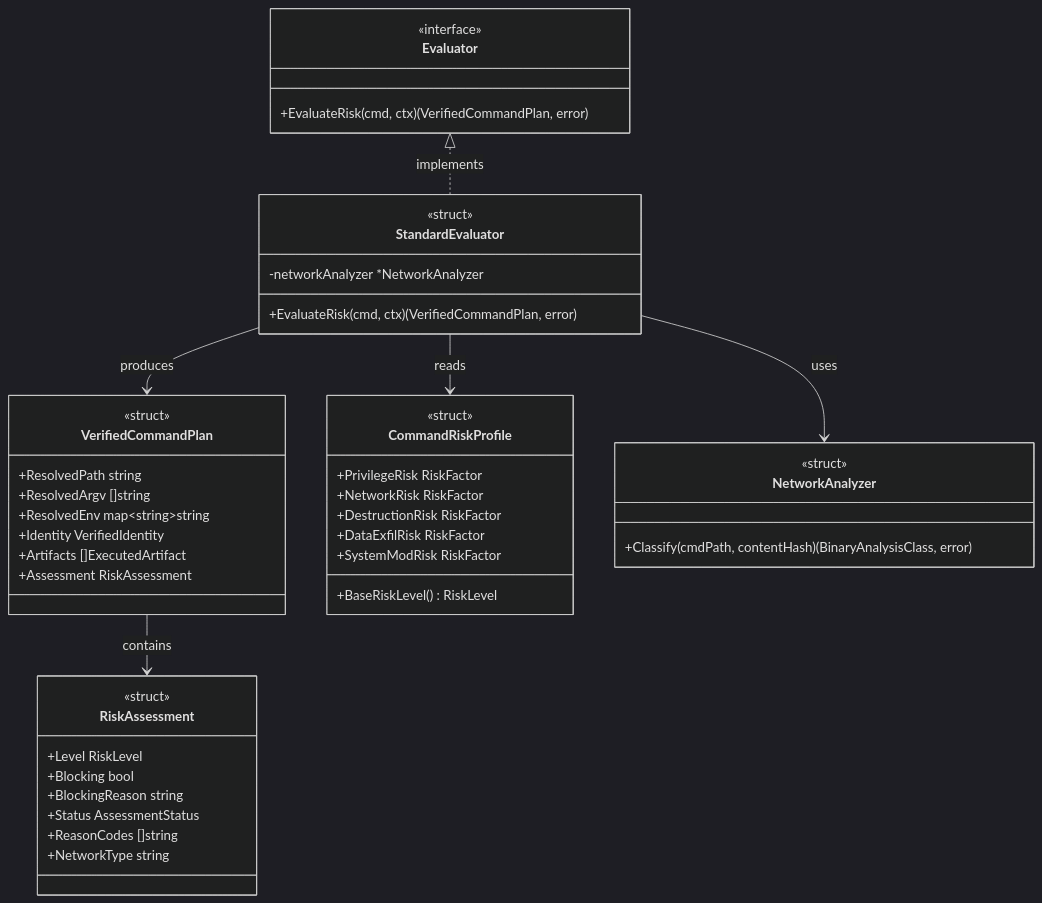
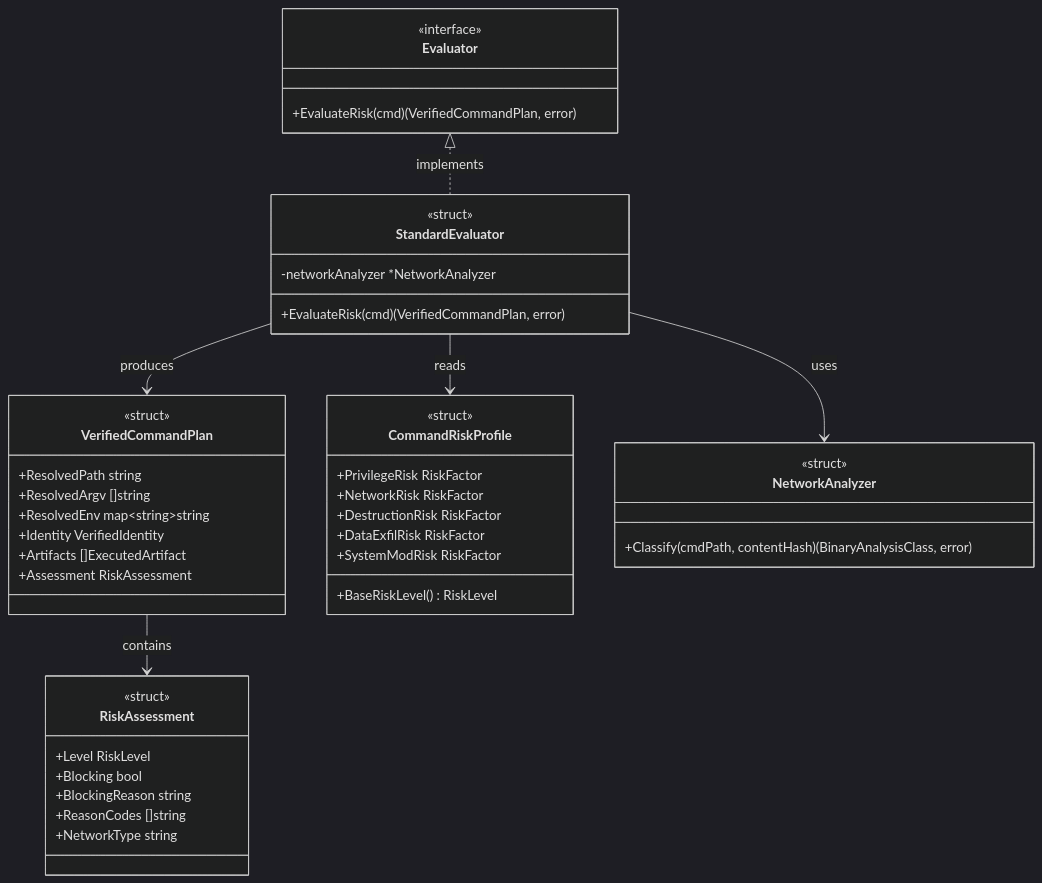
The eighth of 12 diagrams in docs/tasks/0136_runtime_risk_evaluation_enforcement/02_architecture.md (isseis/go-safe-cmd-runner), drawn with Mermaid (dark theme) before and after one commit. The commit also changed other lines of this file and 1 other file, not shown here.

````diff
--- a/docs/tasks/0136_runtime_risk_evaluation_enforcement/02_architecture.md
+++ b/docs/tasks/0136_runtime_risk_evaluation_enforcement/02_architecture.md
@@ -316,48 +300,47 @@
 ```mermaid
 classDiagram
     class Evaluator {
         <<interface>>
-        +EvaluateRisk(cmd, ctx) (VerifiedCommandPlan, error)
+        +EvaluateRisk(cmd) (VerifiedCommandPlan, error)
     }
     class StandardEvaluator {
         <<struct>>
         -networkAnalyzer *NetworkAnalyzer
-        +EvaluateRisk(cmd, ctx) (VerifiedCommandPlan, error)
+        +EvaluateRisk(cmd) (VerifiedCommandPlan, error)
     }
     class VerifiedCommandPlan {
         <<struct>>
         +ResolvedPath string
         +ResolvedArgv []string
         +ResolvedEnv map~string~string
         +Identity VerifiedIdentity
         +Artifacts []ExecutedArtifact
         +Assessment RiskAssessment
     }
     class RiskAssessment {
         <<struct>>
         +Level RiskLevel
         +Blocking bool
         +BlockingReason string
-        +Status AssessmentStatus
         +ReasonCodes []string
         +NetworkType string
     }
     class CommandRiskProfile {
         <<struct>>
         +PrivilegeRisk RiskFactor
         +NetworkRisk RiskFactor
         +DestructionRisk RiskFactor
         +DataExfilRisk RiskFactor
         +SystemModRisk RiskFactor
         +BaseRiskLevel() RiskLevel
     }
     class NetworkAnalyzer {
         <<struct>>
         +Classify(cmdPath, contentHash) (BinaryAnalysisClass, error)
     }
     Evaluator <|.. StandardEvaluator : implements
     StandardEvaluator --> VerifiedCommandPlan : produces
     VerifiedCommandPlan --> RiskAssessment : contains
     StandardEvaluator --> CommandRiskProfile : reads
     StandardEvaluator --> NetworkAnalyzer : uses
 ```
````
